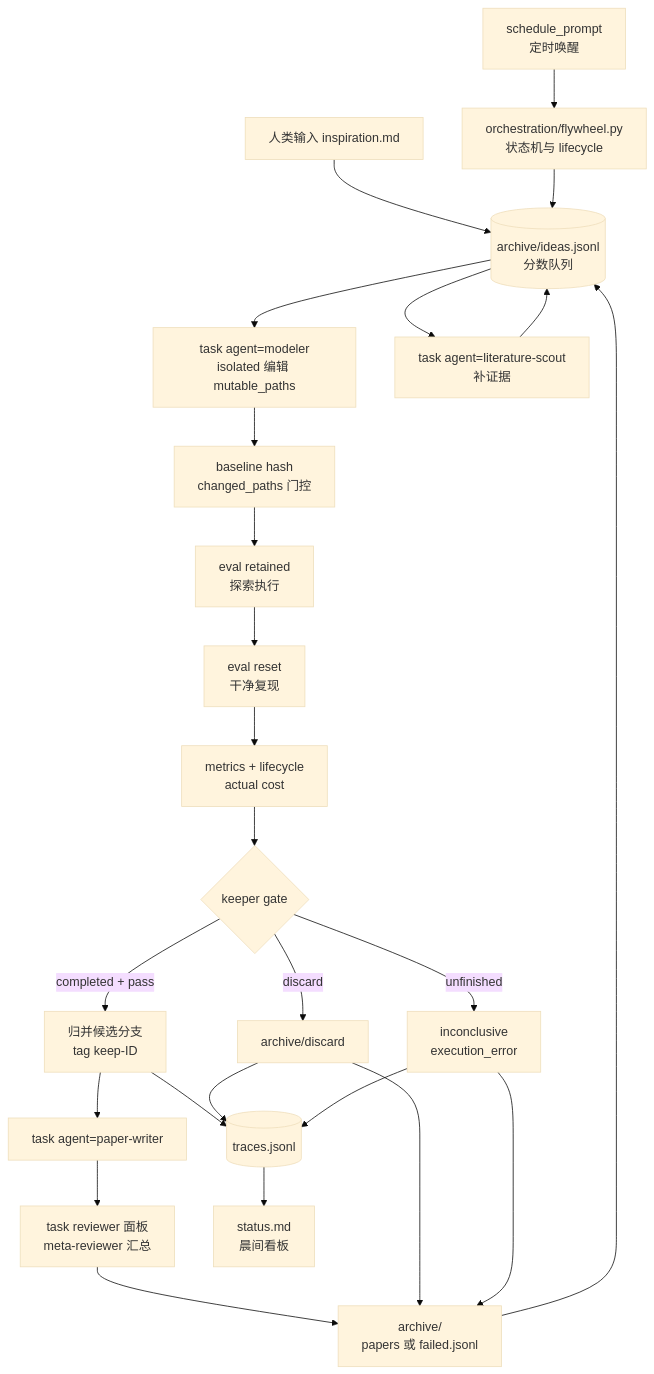
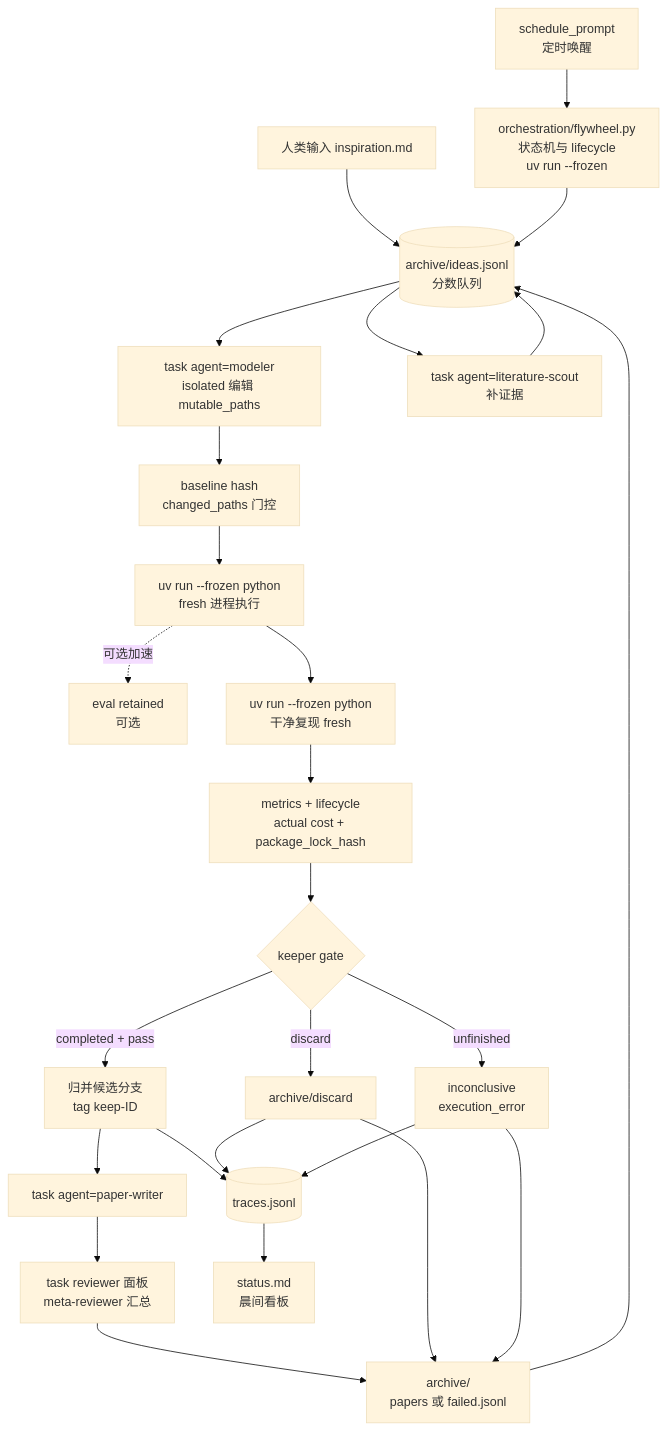
Before and after one commit to dbydd/research-flywheel: the first of 3 diagrams in template/02-harness-wiring.md, drawn with Mermaid (base theme). The commit also changed other lines of this file and 19 other files, not shown here.

First line of the commit message:
feat(uv): add pyproject/lock/python-version and unify uv-first entrypoints

````diff
--- a/template/02-harness-wiring.md
+++ b/template/02-harness-wiring.md
@@ -16,33 +16,34 @@
 ```mermaid
 flowchart TB
     Sched[schedule_prompt<br/>定时唤醒]
     Human[人类输入 inspiration.md]
     Pool[(archive/ideas.jsonl<br/>分数队列)]
-    Fly[orchestration/flywheel.py<br/>状态机与 lifecycle]
+    Fly[orchestration/flywheel.py<br/>状态机与 lifecycle<br/>uv run --frozen]
 
     Sched --> Fly
     Human --> Pool
     Fly --> Pool
 
     Pool --> T1[task agent=modeler<br/>isolated 编辑 mutable_paths]
     Pool --> T2[task agent=literature-scout<br/>补证据]
     T2 --> Pool
     T1 --> Gate[baseline hash<br/>changed_paths 门控]
-    Gate --> Explore[eval retained<br/>探索执行]
-    Explore --> Clean[eval reset<br/>干净复现]
-    Clean --> Metrics[metrics + lifecycle<br/>actual cost]
+    Gate --> Explore[uv run --frozen python<br/>fresh 进程执行]
+    Explore -.可选加速.-> EvalOpt[eval retained<br/>可选]
+    Explore --> Clean[uv run --frozen python<br/>干净复现 fresh]
+    Clean --> Metrics[metrics + lifecycle<br/>actual cost + package_lock_hash]
     Metrics --> Keep{keeper gate}
     Keep -->|completed + pass| Merge[归并候选分支<br/>tag keep-ID]
     Keep -->|discard| Drop[archive/discard]
     Keep -->|unfinished| Unfinished[inconclusive<br/>execution_error]
     Merge --> TW[task agent=paper-writer]
     TW --> TR[task reviewer 面板<br/>meta-reviewer 汇总]
     TR --> Archive[archive/<br/>papers 或 failed.jsonl]
     Drop --> Archive
     Unfinished --> Archive
     Archive --> Pool
     Merge --> Trace[(traces.jsonl)]
     Drop --> Trace
     Unfinished --> Trace
     Trace --> Status[status.md<br/>晨间看板]
 ```
````
